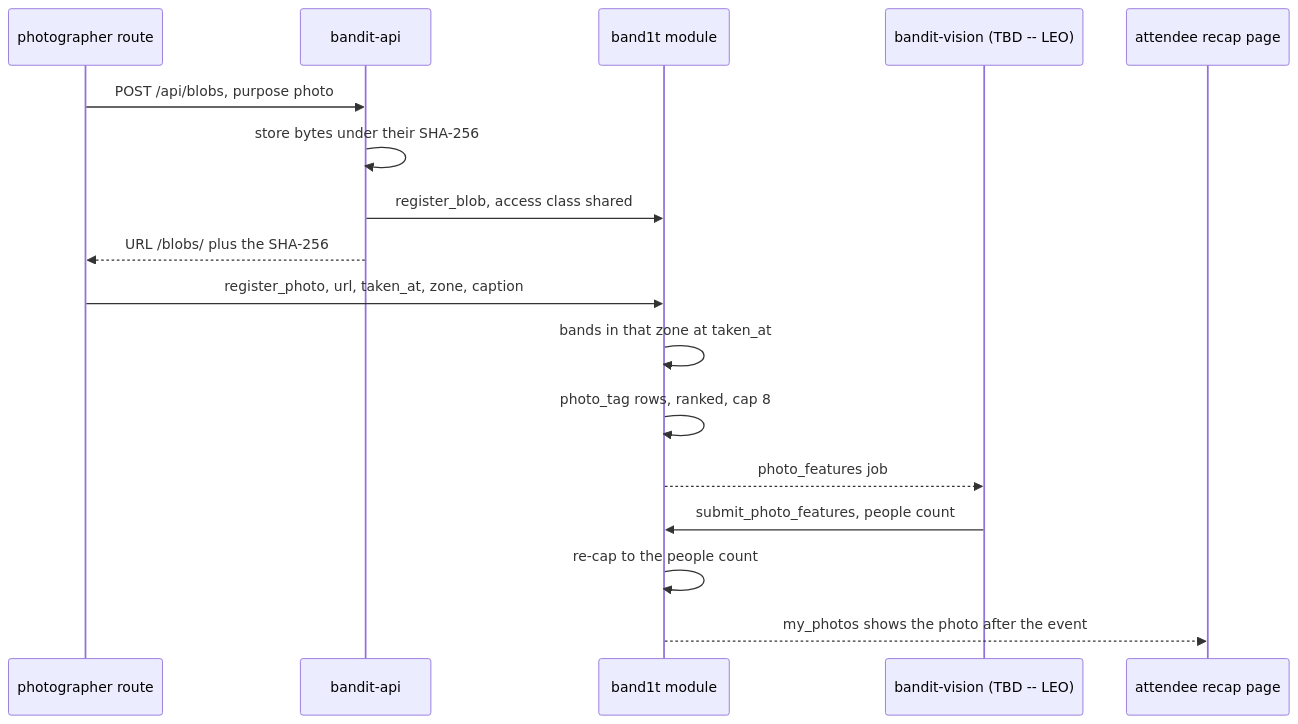
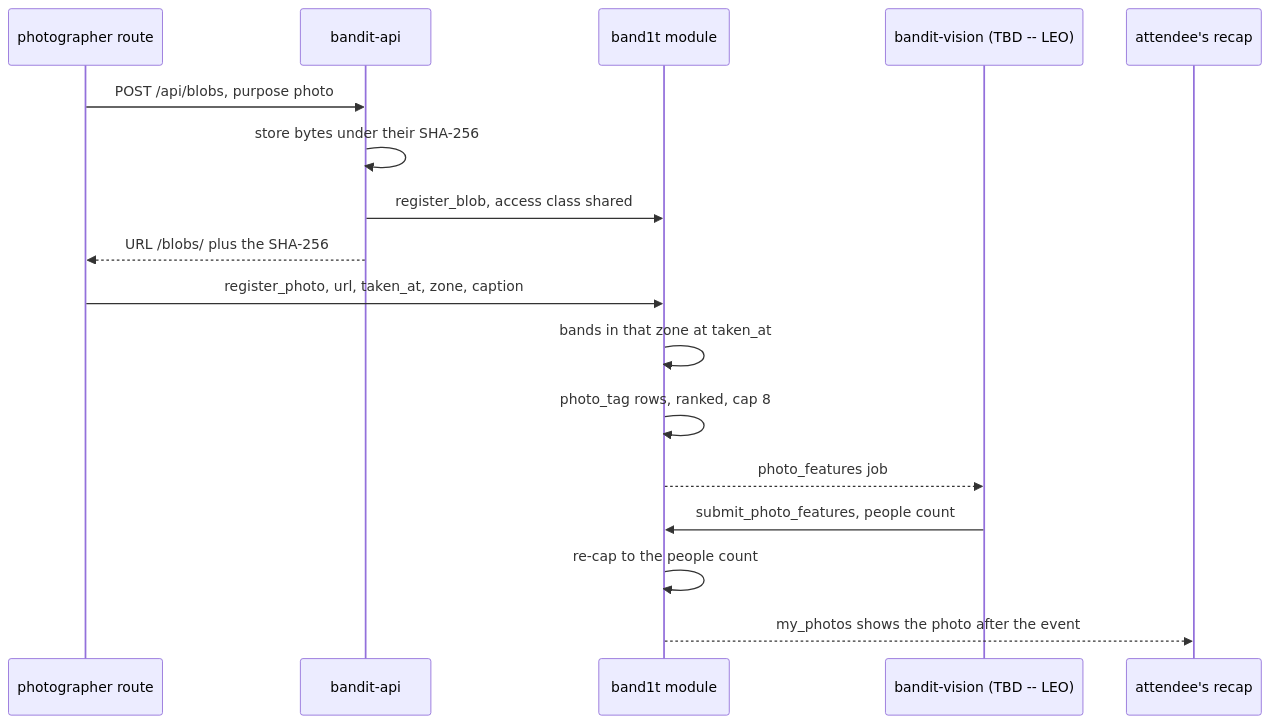
The third of 3 diagrams in System Design/6-features/Social.md (viktorinkov/cal-hacks-13), drawn with Mermaid before and after one commit. The commit also changed other lines of this file and 26 other files, not shown here.

````diff
--- a/System Design/6-features/Social.md
+++ b/System Design/6-features/Social.md
@@ -180,19 +233,19 @@
 ```mermaid
 sequenceDiagram
     participant PH as photographer route
     participant API as bandit-api
     participant M as band1t module
     participant V as bandit-vision (TBD -- LEO)
-    participant AT as attendee recap page
+    participant AT as attendee's recap
     PH->>API: POST /api/blobs, purpose photo
     API->>API: store bytes under their SHA-256
     API->>M: register_blob, access class shared
     API-->>PH: URL /blobs/ plus the SHA-256
     PH->>M: register_photo, url, taken_at, zone, caption
     M->>M: bands in that zone at taken_at
     M->>M: photo_tag rows, ranked, cap 8
     M-->>V: photo_features job
     V->>M: submit_photo_features, people count
     M->>M: re-cap to the people count
     M-->>AT: my_photos shows the photo after the event
 ```
````
